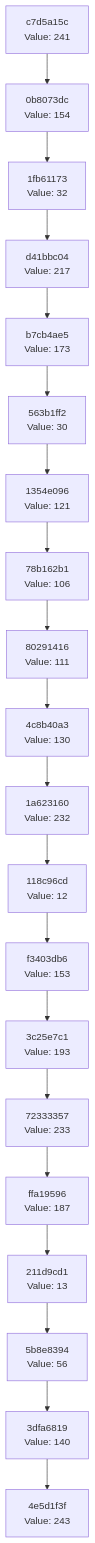
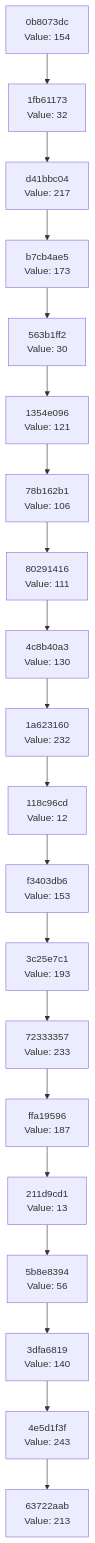
One commit to Abhisheksinha1506/hash-chain-evolver changed the diagram in docs/CHAIN_VISUALIZATION.md. Above: the diagram before and after it, drawn with Mermaid. The commit also changed 1 other file, not shown here.

Commit message:
Evolution step: hash 0xD5 → action executed

````diff
--- a/docs/CHAIN_VISUALIZATION.md
+++ b/docs/CHAIN_VISUALIZATION.md
@@ -3,42 +3,42 @@
 ```mermaid
 graph TD
-    C0["4e5d1f3f<br/>Value: 243"]
-    C1["3dfa6819<br/>Value: 140"]
+    C0["63722aab<br/>Value: 213"]
+    C1["4e5d1f3f<br/>Value: 243"]
     C1 --> C0
-    C2["5b8e8394<br/>Value: 56"]
+    C2["3dfa6819<br/>Value: 140"]
     C2 --> C1
-    C3["211d9cd1<br/>Value: 13"]
+    C3["5b8e8394<br/>Value: 56"]
     C3 --> C2
-    C4["ffa19596<br/>Value: 187"]
+    C4["211d9cd1<br/>Value: 13"]
     C4 --> C3
-    C5["72333357<br/>Value: 233"]
+    C5["ffa19596<br/>Value: 187"]
     C5 --> C4
-    C6["3c25e7c1<br/>Value: 193"]
+    C6["72333357<br/>Value: 233"]
     C6 --> C5
-    C7["f3403db6<br/>Value: 153"]
+    C7["3c25e7c1<br/>Value: 193"]
     C7 --> C6
-    C8["118c96cd<br/>Value: 12"]
+    C8["f3403db6<br/>Value: 153"]
     C8 --> C7
-    C9["1a623160<br/>Value: 232"]
+    C9["118c96cd<br/>Value: 12"]
     C9 --> C8
-    C10["4c8b40a3<br/>Value: 130"]
+    C10["1a623160<br/>Value: 232"]
     C10 --> C9
-    C11["80291416<br/>Value: 111"]
+    C11["4c8b40a3<br/>Value: 130"]
     C11 --> C10
-    C12["78b162b1<br/>Value: 106"]
+    C12["80291416<br/>Value: 111"]
     C12 --> C11
-    C13["1354e096<br/>Value: 121"]
+    C13["78b162b1<br/>Value: 106"]
     C13 --> C12
-    C14["563b1ff2<br/>Value: 30"]
+    C14["1354e096<br/>Value: 121"]
     C14 --> C13
-    C15["b7cb4ae5<br/>Value: 173"]
+    C15["563b1ff2<br/>Value: 30"]
     C15 --> C14
-    C16["d41bbc04<br/>Value: 217"]
+    C16["b7cb4ae5<br/>Value: 173"]
     C16 --> C15
-    C17["1fb61173<br/>Value: 32"]
+    C17["d41bbc04<br/>Value: 217"]
     C17 --> C16
-    C18["0b8073dc<br/>Value: 154"]
+    C18["1fb61173<br/>Value: 32"]
     C18 --> C17
-    C19["c7d5a15c<br/>Value: 241"]
+    C19["0b8073dc<br/>Value: 154"]
     C19 --> C18
 ```
````
